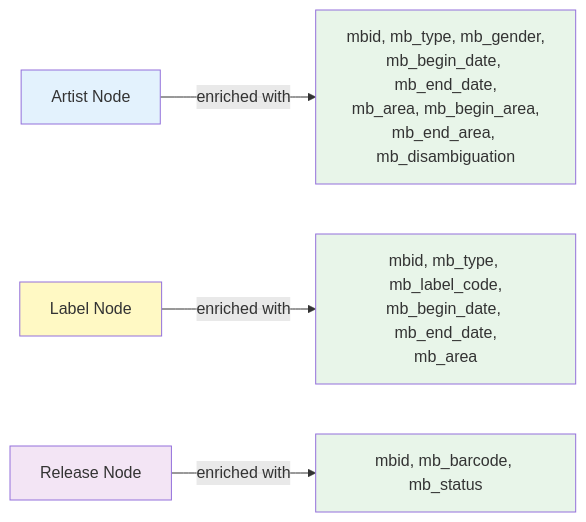
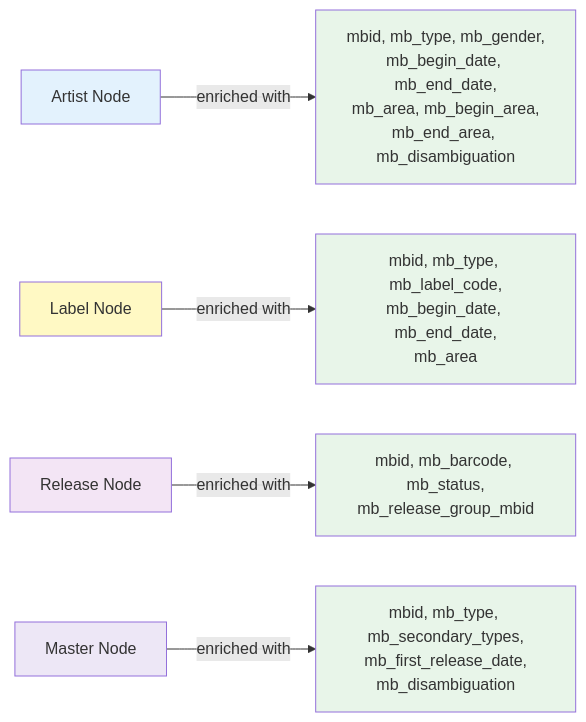
One commit to SimplicityGuy/discogsography changed the sixth of 8 diagrams in docs/database-schema.md. Above: the diagram before and after it, drawn with Mermaid. The commit also changed other lines of this file and 12 other files, not shown here.

````diff
--- a/docs/database-schema.md
+++ b/docs/database-schema.md
@@ -1132,13 +1170,16 @@
 ```mermaid
 graph LR
     A[Artist Node] -->|enriched with| MB_A["mbid, mb_type, mb_gender,<br/>mb_begin_date, mb_end_date,<br/>mb_area, mb_begin_area,<br/>mb_end_area, mb_disambiguation"]
     L[Label Node] -->|enriched with| MB_L["mbid, mb_type, mb_label_code,<br/>mb_begin_date, mb_end_date,<br/>mb_area"]
-    R[Release Node] -->|enriched with| MB_R["mbid, mb_barcode, mb_status"]
+    R[Release Node] -->|enriched with| MB_R["mbid, mb_barcode, mb_status,<br/>mb_release_group_mbid"]
+    M[Master Node] -->|enriched with| MB_M["mbid, mb_type, mb_secondary_types,<br/>mb_first_release_date,<br/>mb_disambiguation"]
 
     style A fill:#e3f2fd
     style L fill:#fff9c4
     style R fill:#f3e5f5
+    style M fill:#ede7f6
     style MB_A fill:#e8f5e9
     style MB_L fill:#e8f5e9
     style MB_R fill:#e8f5e9
+    style MB_M fill:#e8f5e9
 ```
````
